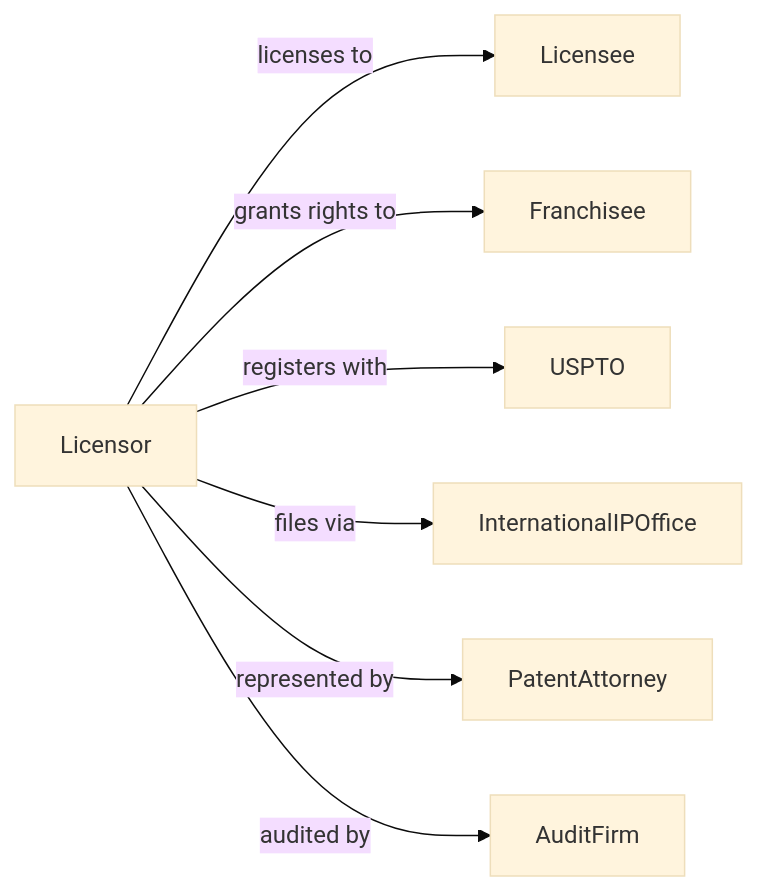
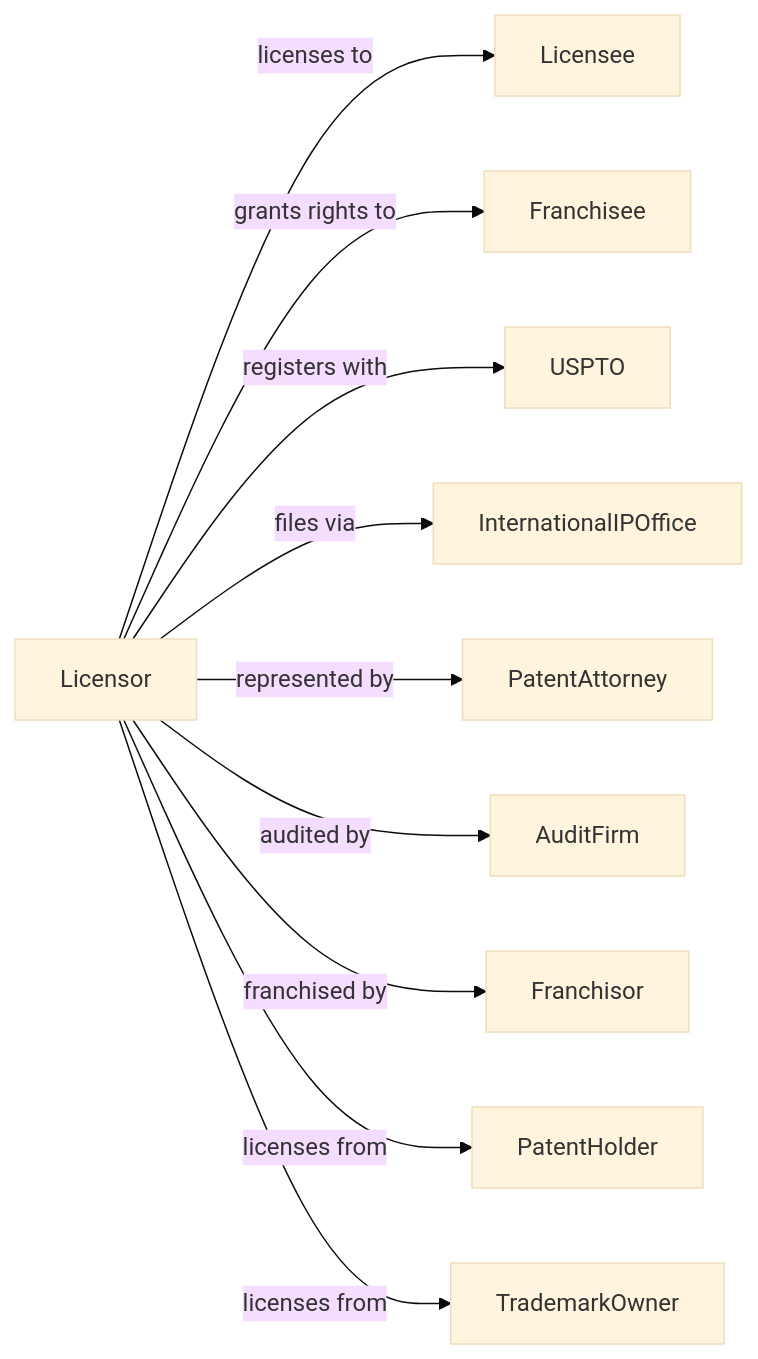
The second of 2 diagrams in RealEstate/LessorsOfNonfinancialIntangibleAssetsExceptCopyrightedWorks/LessorsOfNonfinancialIntangibleAssetsExceptCopyrightedWorks/LessorsOfNonfinancialIntangibleAssetsExceptCopyrightedWorks.mdx (dot-org-ai/industries.org.ai), drawn with Mermaid (base theme) before and after one commit. The commit also changed other lines of this file and 588 other files, not shown here.

````diff
--- a/RealEstate/LessorsOfNonfinancialIntangibleAssetsExceptCopyrightedWorks/LessorsOfNonfinancialIntangibleAssetsExceptCopyrightedWorks/LessorsOfNonfinancialIntangibleAssetsExceptCopyrightedWorks.mdx
+++ b/RealEstate/LessorsOfNonfinancialIntangibleAssetsExceptCopyrightedWorks/LessorsOfNonfinancialIntangibleAssetsExceptCopyrightedWorks/LessorsOfNonfinancialIntangibleAssetsExceptCopyrightedWorks.mdx
@@ -136,11 +136,14 @@
 ```mermaid
 graph LR
     L[Licensor]
 
     L -->|licenses to| Licensee
     L -->|grants rights to| Franchisee
     L -->|registers with| USPTO
     L -->|files via| InternationalIPOffice
     L -->|represented by| PatentAttorney
     L -->|audited by| AuditFirm
+    L -->|franchised by| Franchisor
+    L -->|licenses from| PatentHolder
+    L -->|licenses from| TrademarkOwner
 ```
````
